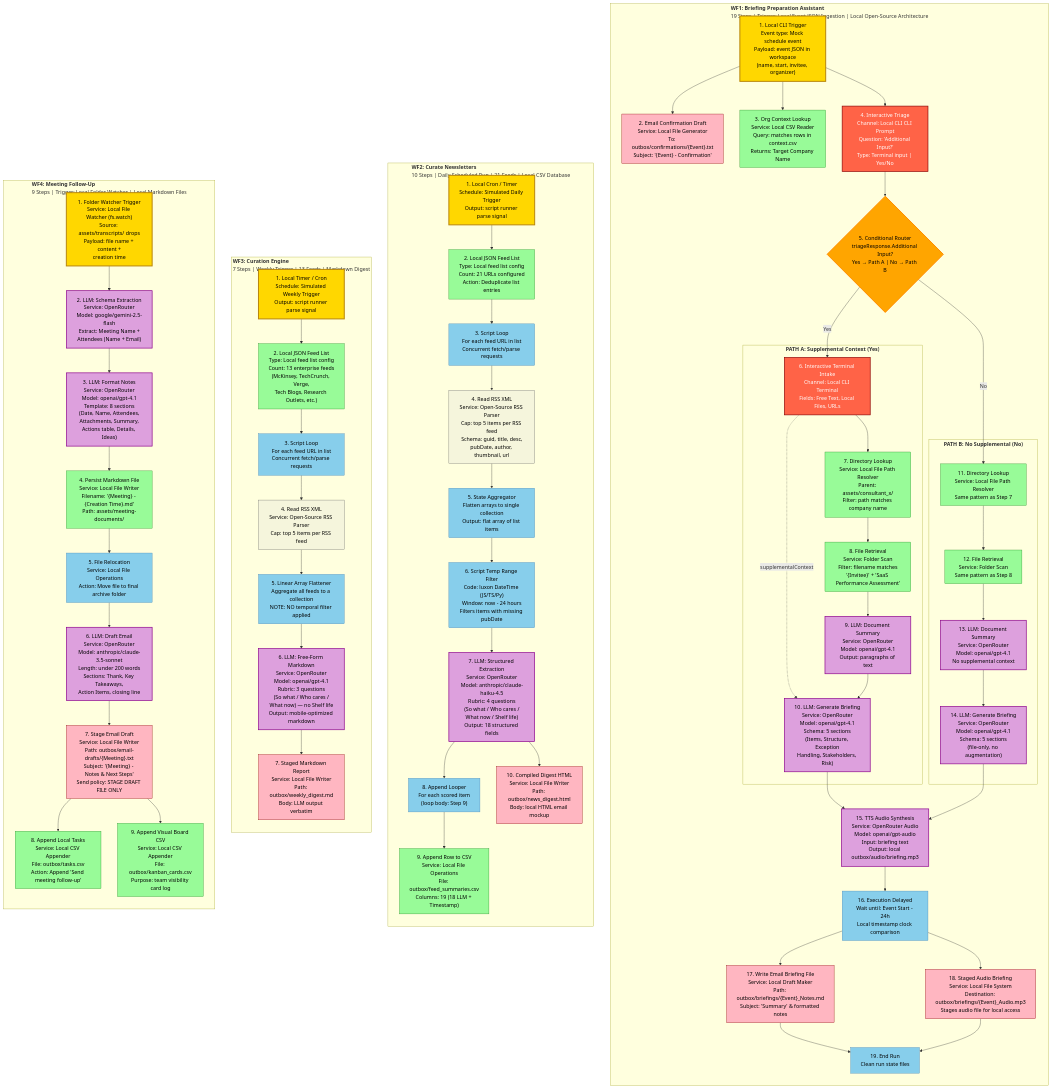
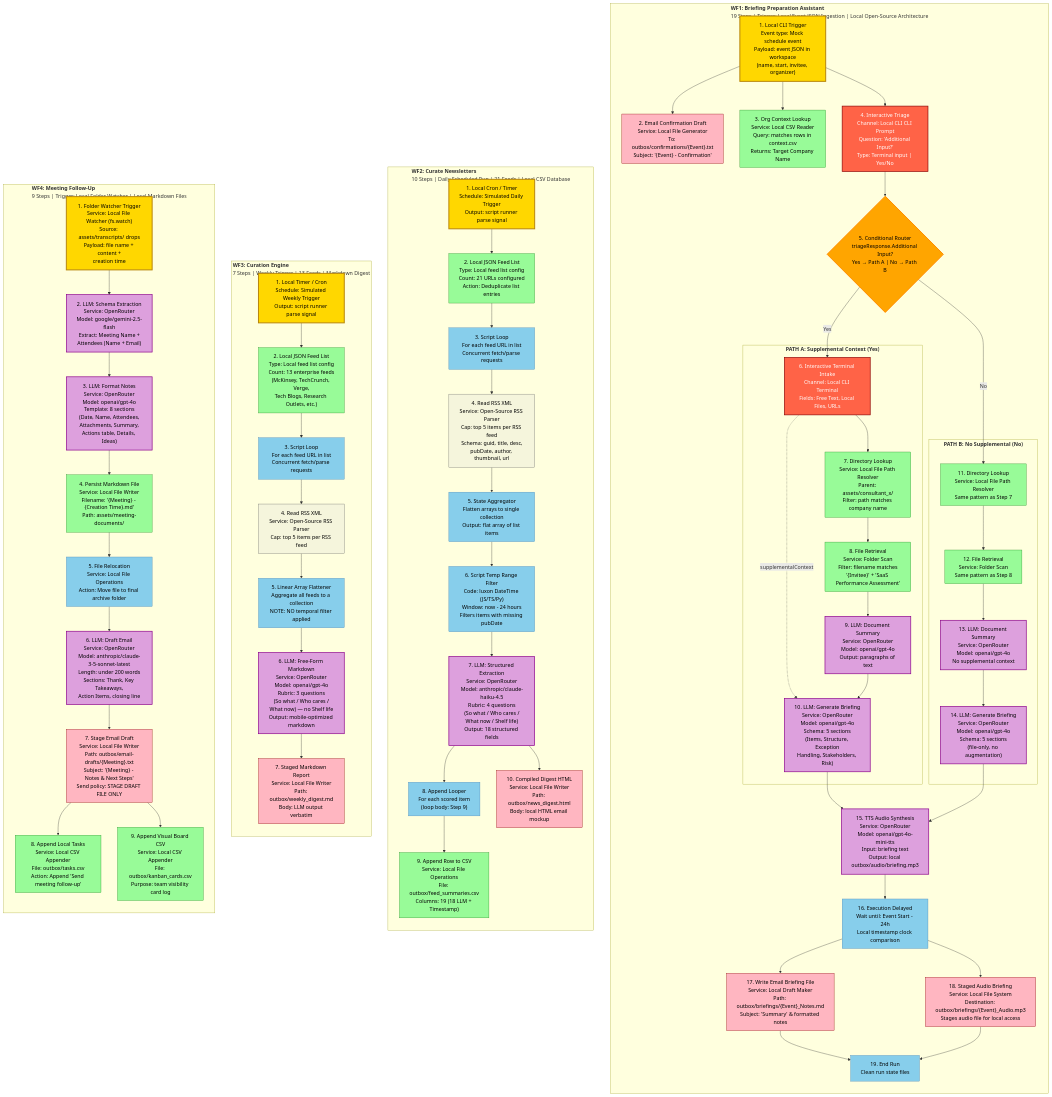
The diagram in workflows/ALL_WORKFLOWS_DIAGRAM.md (nickth3man/chief-staff), drawn with Mermaid before and after one commit. The commit also changed other lines of this file and 133 other files, not shown here.

First line of the commit message:
feat: add initial test fixtures and unit tests for chunking, CSV handling, LLM timeout, logging, routing, and schemas

```diff
--- a/workflows/ALL_WORKFLOWS_DIAGRAM.md
+++ b/workflows/ALL_WORKFLOWS_DIAGRAM.md
@@ -52,18 +52,18 @@
             W1S6["6. Interactive Terminal Intake<br/>Channel: Local CLI Terminal<br/>Fields: Free Text, Local Files, URLs"]:::hitlStyle
             W1S7["7. Directory Lookup<br/>Service: Local File Path Resolver<br/>Parent: assets/consultant_x/<br/>Filter: path matches company name"]:::dataStyle
             W1S8["8. File Retrieval<br/>Service: Folder Scan<br/>Filter: filename matches<br/>'{Invitee}' + 'SaaS Performance Assessment'"]:::dataStyle
-            W1S9["9. LLM: Document Summary<br/>Service: OpenRouter<br/>Model: openai/gpt-4.1<br/>Output: paragraphs of text"]:::llmStyle
-            W1S10["10. LLM: Generate Briefing<br/>Service: OpenRouter<br/>Model: openai/gpt-4.1<br/>Schema: 5 sections<br/>(Items, Structure, Exception<br/>Handling, Stakeholders, Risk)"]:::llmStyle
+            W1S9["9. LLM: Document Summary<br/>Service: OpenRouter<br/>Model: openai/gpt-4o<br/>Output: paragraphs of text"]:::llmStyle
+            W1S10["10. LLM: Generate Briefing<br/>Service: OpenRouter<br/>Model: openai/gpt-4o<br/>Schema: 5 sections<br/>(Items, Structure, Exception<br/>Handling, Stakeholders, Risk)"]:::llmStyle
         end
 
         subgraph WF1B["<b>PATH B: No Supplemental (No)</b>"]
             W1S11["11. Directory Lookup<br/>Service: Local File Path Resolver<br/>Same pattern as Step 7"]:::dataStyle
             W1S12["12. File Retrieval<br/>Service: Folder Scan<br/>Same pattern as Step 8"]:::dataStyle
-            W1S13["13. LLM: Document Summary<br/>Service: OpenRouter<br/>Model: openai/gpt-4.1<br/>No supplemental context"]:::llmStyle
-            W1S14["14. LLM: Generate Briefing<br/>Service: OpenRouter<br/>Model: openai/gpt-4.1<br/>Schema: 5 sections<br/>(file-only, no augmentation)"]:::llmStyle
+            W1S13["13. LLM: Document Summary<br/>Service: OpenRouter<br/>Model: openai/gpt-4o<br/>No supplemental context"]:::llmStyle
+            W1S14["14. LLM: Generate Briefing<br/>Service: OpenRouter<br/>Model: openai/gpt-4o<br/>Schema: 5 sections<br/>(file-only, no augmentation)"]:::llmStyle
         end
 
-        W1S15["15. TTS Audio Synthesis<br/>Service: OpenRouter Audio<br/>Model: openai/gpt-audio<br/>Input: briefing text<br/>Output: local outbox/audio/briefing.mp3"]:::llmStyle
+        W1S15["15. TTS Audio Synthesis<br/>Service: OpenRouter<br/>Model: openai/gpt-4o-mini-tts<br/>Input: briefing text<br/>Output: local outbox/audio/briefing.mp3"]:::llmStyle
         W1S16["16. Execution Delayed<br/>Wait until: Event Start - 24h<br/>Local timestamp clock comparison"]:::processStyle
         W1S17["17. Write Email Briefing File<br/>Service: Local Draft Maker<br/>Path: outbox/briefings/{Event}_Notes.md<br/>Subject: 'Summary' & formatted notes"]:::deliveryStyle
         W1S18["18. Staged Audio Briefing<br/>Service: Local File System<br/>Destination: outbox/briefings/{Event}_Audio.mp3<br/>Stages audio file for local access"]:::deliveryStyle
@@ -133,7 +133,7 @@
         W3S3["3. Script Loop<br/>For each feed URL in list<br/>Concurrent fetch/parse requests"]:::processStyle
         W3S4["4. Read RSS XML<br/>Service: Open-Source RSS Parser<br/>Cap: top 5 items per RSS feed"]:::externalStyle
         W3S5["5. Linear Array Flattener<br/>Aggregate all feeds to a collection<br/>NOTE: NO temporal filter applied"]:::processStyle
-        W3S6["6. LLM: Free-Form Markdown<br/>Service: OpenRouter<br/>Model: openai/gpt-4.1<br/>Rubric: 3 questions<br/>(So what / Who cares /<br/>What now) — no Shelf life<br/>Output: mobile-optimized markdown"]:::llmStyle
+        W3S6["6. LLM: Free-Form Markdown<br/>Service: OpenRouter<br/>Model: openai/gpt-4o<br/>Rubric: 3 questions<br/>(So what / Who cares /<br/>What now) — no Shelf life<br/>Output: mobile-optimized markdown"]:::llmStyle
         W3S7["7. Staged Markdown Report<br/>Service: Local File Writer<br/>Path: outbox/weekly_digest.md<br/>Body: LLM output verbatim"]:::deliveryStyle
 
         W3S1 --> W3S2
@@ -153,10 +153,10 @@
 
         W4S1["1. Folder Watcher Trigger<br/>Service: Local File Watcher (fs.watch)<br/>Source: assets/transcripts/ drops<br/>Payload: file name + content +<br/>creation time"]:::triggerStyle
         W4S2["2. LLM: Schema Extraction<br/>Service: OpenRouter<br/>Model: google/gemini-2.5-flash<br/>Extract: Meeting Name +<br/>Attendees (Name + Email)"]:::llmStyle
-        W4S3["3. LLM: Format Notes<br/>Service: OpenRouter<br/>Model: openai/gpt-4.1<br/>Template: 8 sections<br/>(Date, Name, Attendees,<br/>Attachments, Summary,<br/>Actions table, Details, Ideas)"]:::llmStyle
+        W4S3["3. LLM: Format Notes<br/>Service: OpenRouter<br/>Model: openai/gpt-4o<br/>Template: 8 sections<br/>(Date, Name, Attendees,<br/>Attachments, Summary,<br/>Actions table, Details, Ideas)"]:::llmStyle
         W4S4["4. Persist Markdown File<br/>Service: Local File Writer<br/>Filename: '{Meeting} - {Creation Time}.md'<br/>Path: assets/meeting-documents/"]:::dataStyle
         W4S5["5. File Relocation<br/>Service: Local File Operations<br/>Action: Move file to final archive folder"]:::processStyle
-        W4S6["6. LLM: Draft Email<br/>Service: OpenRouter<br/>Model: anthropic/claude-3.5-sonnet<br/>Length: under 200 words<br/>Sections: Thank, Key Takeaways,<br/>Action Items, closing line"]:::llmStyle
+        W4S6["6. LLM: Draft Email<br/>Service: OpenRouter<br/>Model: anthropic/claude-3-5-sonnet-latest<br/>Length: under 200 words<br/>Sections: Thank, Key Takeaways,<br/>Action Items, closing line"]:::llmStyle
         W4S7["7. Stage Email Draft<br/>Service: Local File Writer<br/>Path: outbox/email-drafts/{Meeting}.txt<br/>Subject: '{Meeting} - Notes & Next Steps'<br/>Send policy: STAGE DRAFT FILE ONLY"]:::deliveryStyle
         W4S8["8. Append Local Tasks<br/>Service: Local CSV Appender<br/>File: outbox/tasks.csv<br/>Action: Append 'Send meeting follow-up'"]:::dataStyle
         W4S9["9. Append Visual Board CSV<br/>Service: Local CSV Appender<br/>File: outbox/kanban_cards.csv<br/>Purpose: team visibility card log"]:::dataStyle
```
